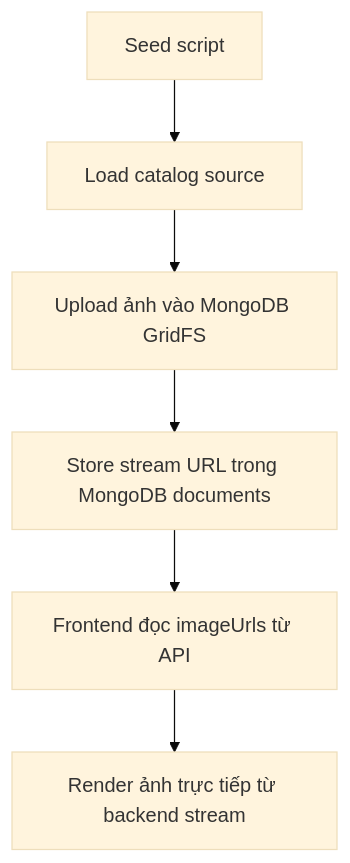
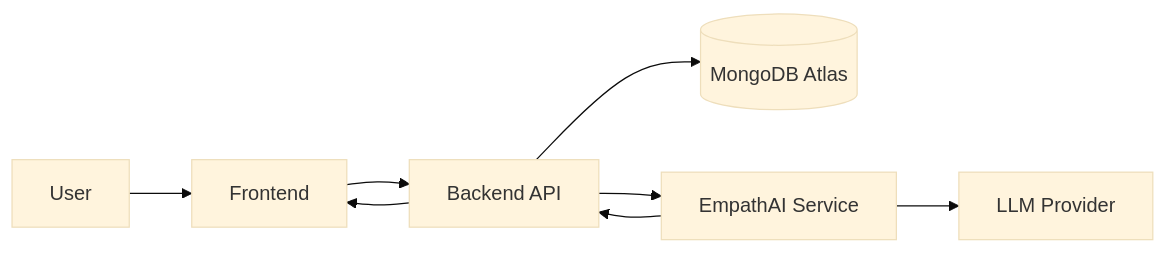
Before and after one commit to QuangVoAI/MilkyBloomVibeCode: the second of 2 diagrams in README.md, drawn with Mermaid (base theme). The commit also changed other lines of this file and 2 other files, not shown here.

````diff
--- a/README.md
+++ b/README.md
@@ -174,8 +146,10 @@
 ```mermaid
-flowchart TD
-    S[Seed script] --> P[Load catalog source]
-    P --> G[Upload ảnh vào MongoDB GridFS]
-    G --> U[Store stream URL trong MongoDB documents]
-    U --> F[Frontend đọc imageUrls từ API]
-    F --> R[Render ảnh trực tiếp từ backend stream]
+flowchart LR
+    U[User] --> F[Frontend]
+    F --> B[Backend API]
+    B --> M[(MongoDB Atlas)]
+    B --> A[EmpathAI Service]
+    A --> L[LLM Provider]
+    A --> B
+    B --> F
 ```
````
